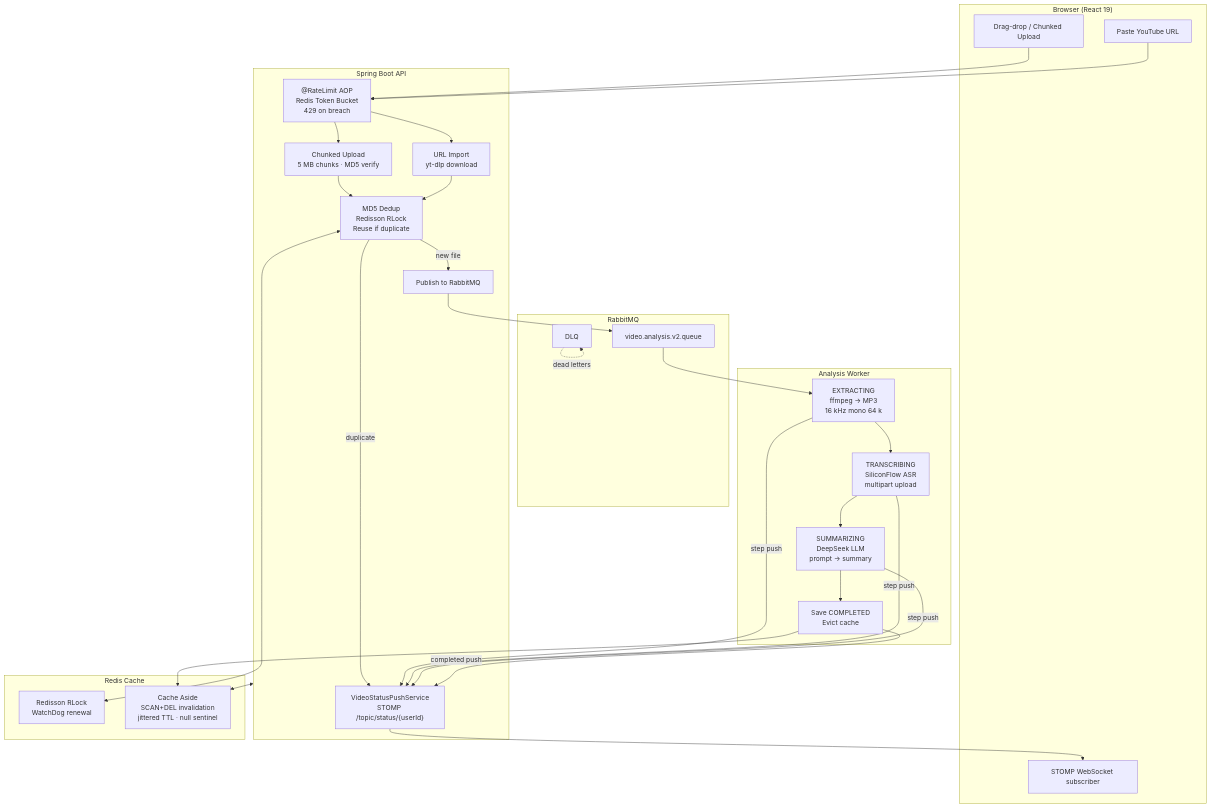
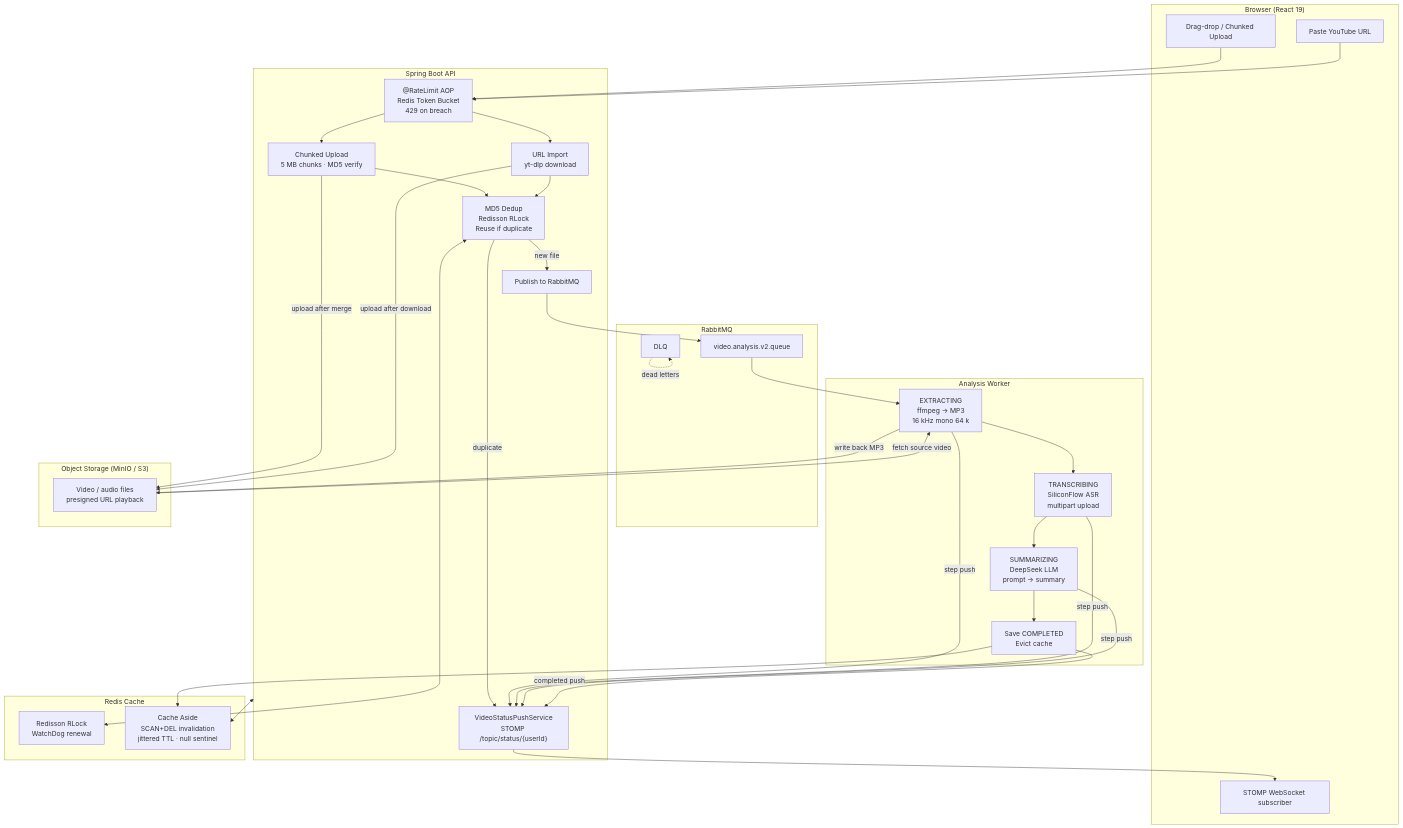
Before and after one commit to Tony-Di/VidInsight-AI: the diagram in README.md, drawn with Mermaid. The commit also changed other lines of this file and 1 other file, not shown here.

````diff
--- a/README.md
+++ b/README.md
@@ -109,52 +110,61 @@
 ```mermaid
 flowchart TD
     subgraph Client["Browser (React 19)"]
         U1[Drag-drop / Chunked Upload]
         U2[Paste YouTube URL]
         WS[STOMP WebSocket subscriber]
     end
 
     subgraph API["Spring Boot API"]
         RL["@RateLimit AOP\nRedis Token Bucket\n429 on breach"]
         CH[Chunked Upload\n5 MB chunks · MD5 verify]
         IM[URL Import\nyt-dlp download]
         MD5["MD5 Dedup\nRedisson RLock\nReuse if duplicate"]
         MQ_SEND[Publish to RabbitMQ]
         PUSH["VideoStatusPushService\nSTOMP /topic/status/{userId}"]
     end
 
     subgraph Cache["Redis Cache"]
         RLOCK[Redisson RLock\nWatchDog renewal]
         RCACHE[Cache Aside\nSCAN+DEL invalidation\njittered TTL · null sentinel]
     end
 
     subgraph Queue["RabbitMQ"]
         Q[video.analysis.v2.queue]
         DLQ[DLQ]
     end
 
     subgraph Worker["Analysis Worker"]
         W1["EXTRACTING\nffmpeg → MP3\n16 kHz mono 64 k"]
         W2["TRANSCRIBING\nSiliconFlow ASR\nmultipart upload"]
         W3["SUMMARIZING\nDeepSeek LLM\nprompt → summary"]
         W4[Save COMPLETED\nEvict cache]
     end
 
+    subgraph Storage["Object Storage (MinIO / S3)"]
+        S3["Video / audio files\npresigned URL playback"]
+    end
+
     U1 --> RL --> CH --> MD5
     U2 --> RL --> IM --> MD5
     MD5 -- new file --> MQ_SEND --> Q
     MD5 -- duplicate --> PUSH
+
+    CH -- upload after merge --> S3
+    IM -- upload after download --> S3
+    S3 -- fetch source video --> W1
+    W1 -- write back MP3 --> S3
 
     Q --> W1 --> W2 --> W3 --> W4
     DLQ -. dead letters .-> DLQ
 
     W1 -- step push --> PUSH
     W2 -- step push --> PUSH
     W3 -- step push --> PUSH
     W4 -- completed push --> PUSH
 
     PUSH --> WS
     W4 --> RCACHE
     MD5 <--> RLOCK
     API <--> RCACHE
 ```
````
